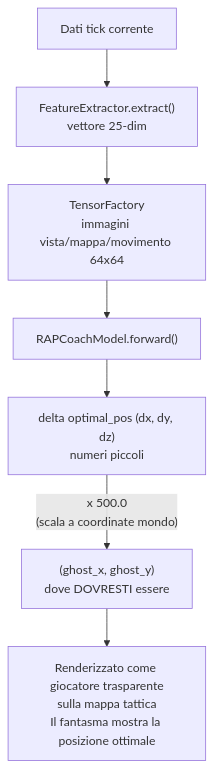
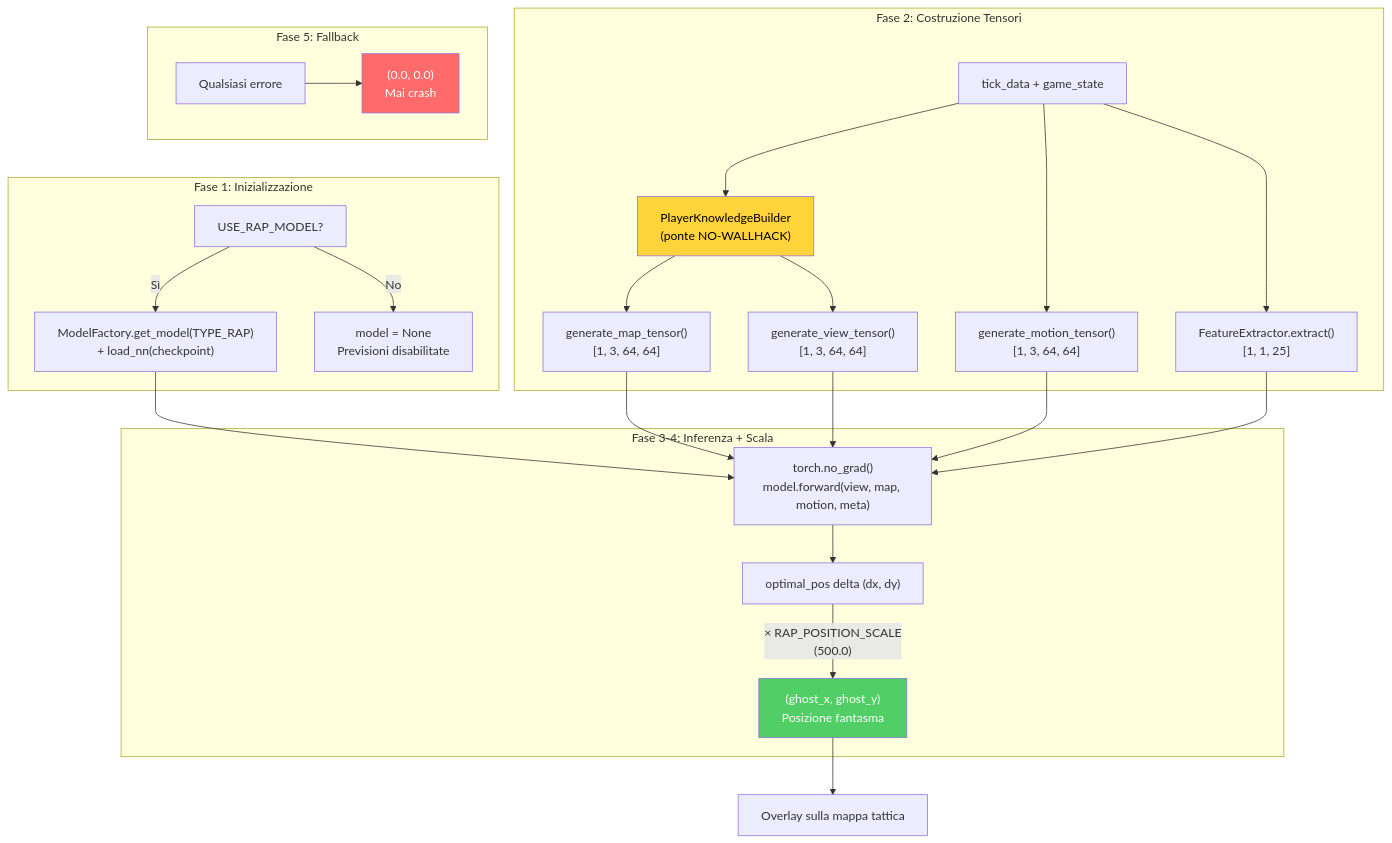
One commit to renanaugustomacena-ux/Counter-Strike-coach-AI changed diagram 32 of 36 in docs/Book-Coach-1.md. Above: the diagram before and after it, drawn with Mermaid. The commit also changed other lines of this file and 704 other files, not shown here.

````diff
--- a/docs/Book-Coach-1.md
+++ b/docs/Book-Coach-1.md
@@ -1515,10 +1720,32 @@
 ```mermaid
 flowchart TB
-    IN["Dati tick corrente"]
-    IN --> FE["FeatureExtractor.extract()<br/>vettore 25-dim"]
-    FE --> TF["TensorFactory<br/>immagini vista/mappa/movimento 64x64"]
-    TF --> RAP["RAPCoachModel.forward()"]
-    RAP --> DELTA["delta optimal_pos (dx, dy, dz)<br/>numeri piccoli"]
-    DELTA -->|"x 500.0<br/>(scala a coordinate mondo)"| GHOST["(ghost_x, ghost_y)<br/>dove DOVRESTI essere"]
-    GHOST --> RENDER["Renderizzato come giocatore trasparente<br/>sulla mappa tattica<br/>Il fantasma mostra la posizione ottimale"]
+    subgraph INIT["Fase 1: Inizializzazione"]
+        CFG["USE_RAP_MODEL?"] -->|Sì| LOAD["ModelFactory.get_model(TYPE_RAP)<br/>+ load_nn(checkpoint)"]
+        CFG -->|No| SKIP["model = None<br/>Previsioni disabilitate"]
+    end
+    subgraph BUILD["Fase 2: Costruzione Tensori"]
+        TD["tick_data + game_state"]
+        TD --> PK["PlayerKnowledgeBuilder<br/>(ponte NO-WALLHACK)"]
+        PK --> MAP_T["generate_map_tensor()<br/>[1, 3, 64, 64]"]
+        PK --> VIEW_T["generate_view_tensor()<br/>[1, 3, 64, 64]"]
+        TD --> MOT_T["generate_motion_tensor()<br/>[1, 3, 64, 64]"]
+        TD --> META_T["FeatureExtractor.extract()<br/>[1, 1, 25]"]
+    end
+    subgraph INFER["Fase 3-4: Inferenza + Scala"]
+        LOAD --> FWD["torch.no_grad()<br/>model.forward(view, map, motion, meta)"]
+        MAP_T --> FWD
+        VIEW_T --> FWD
+        MOT_T --> FWD
+        META_T --> FWD
+        FWD --> DELTA["optimal_pos delta (dx, dy)"]
+        DELTA -->|"× RAP_POSITION_SCALE<br/>(500.0)"| GHOST["(ghost_x, ghost_y)<br/>Posizione fantasma"]
+    end
+    subgraph FALLBACK["Fase 5: Fallback"]
+        ERR["Qualsiasi errore"] --> SAFE["(0.0, 0.0)<br/>Mai crash"]
+    end
+    GHOST --> RENDER["Overlay sulla mappa tattica"]
+
+    style SAFE fill:#ff6b6b,color:#fff
+    style GHOST fill:#51cf66,color:#fff
+    style PK fill:#ffd43b,color:#000
 ```
````
